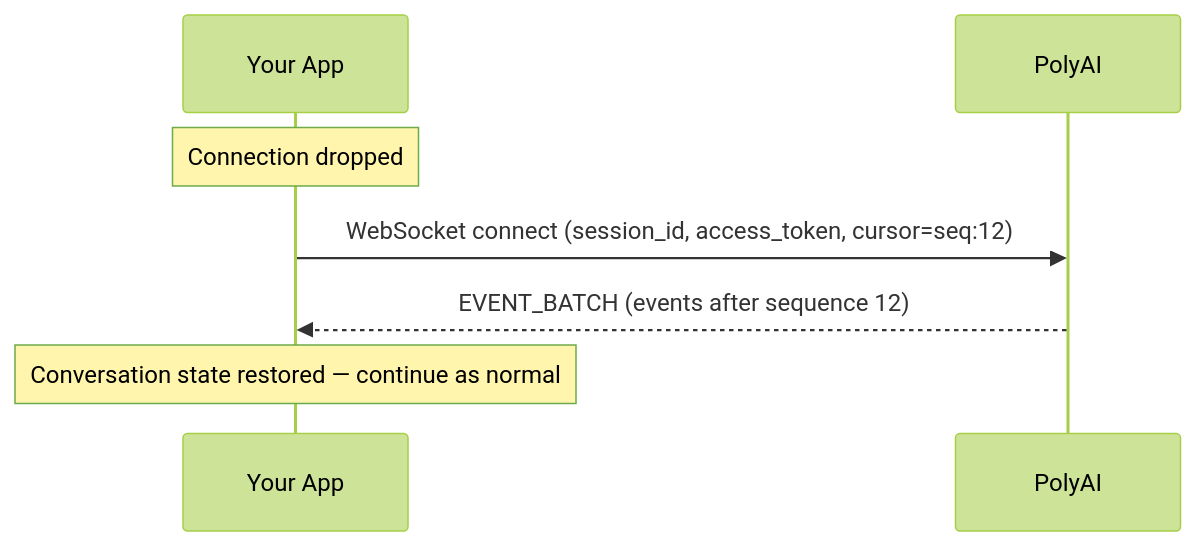
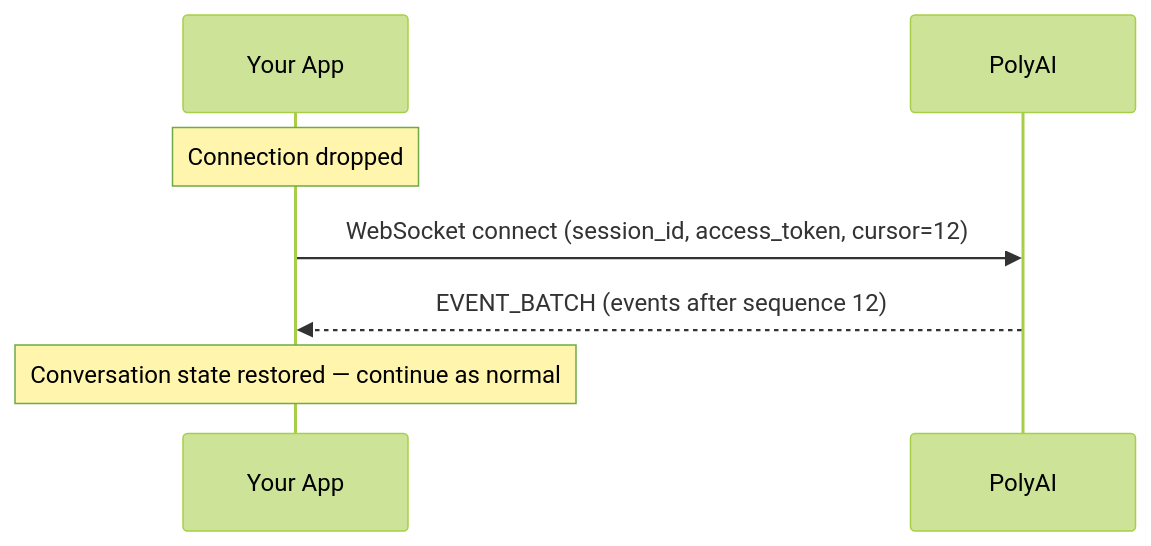
One commit to PolyAI-LDN/polyai-mintlify-doc changed the diagram in api-reference/messaging/lifecycle.mdx. Above: the diagram before and after it, drawn with Mermaid (forest theme). The commit also changed other lines of this file and 2 other files, not shown here.

Commit message:
docs: update messaging cursor format and graceful parsing behavior

````diff
--- a/api-reference/messaging/lifecycle.mdx
+++ b/api-reference/messaging/lifecycle.mdx
@@ -72,11 +72,11 @@
 ```mermaid
 sequenceDiagram
     participant Client as Your App
     participant Server as PolyAI
 
     note over Client: Connection dropped
 
-    Client->>Server: WebSocket connect (session_id, access_token, cursor=seq:12)
+    Client->>Server: WebSocket connect (session_id, access_token, cursor=12)
     Server-->>Client: EVENT_BATCH (events after sequence 12)
     note over Client: Conversation state restored — continue as normal
 ```
````
